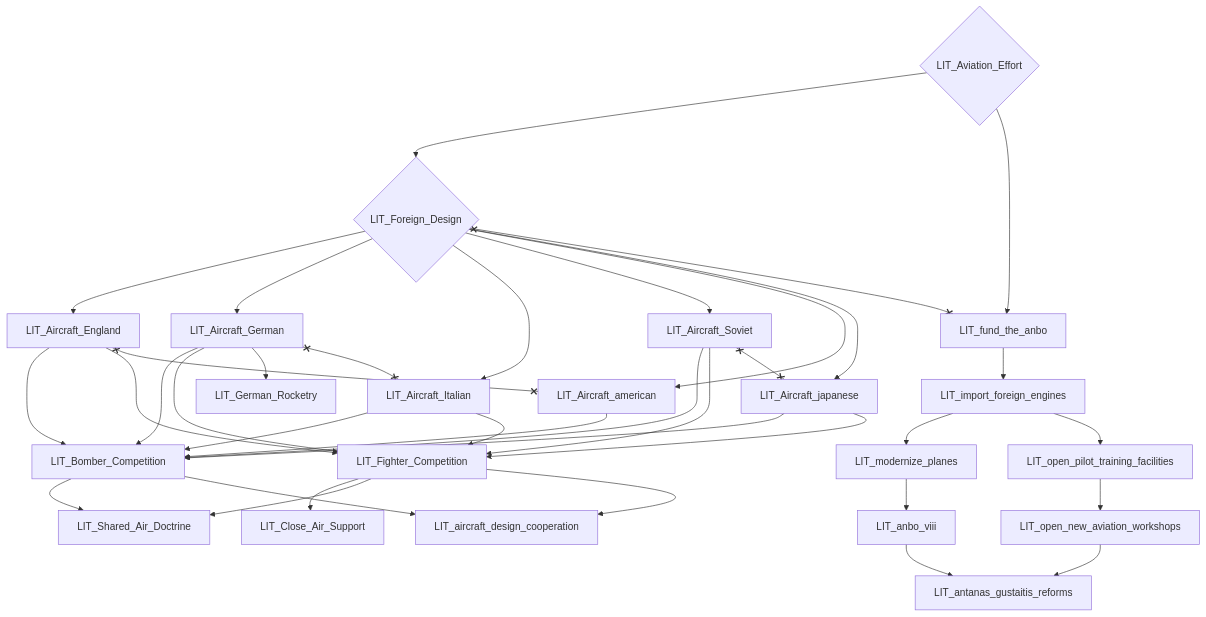
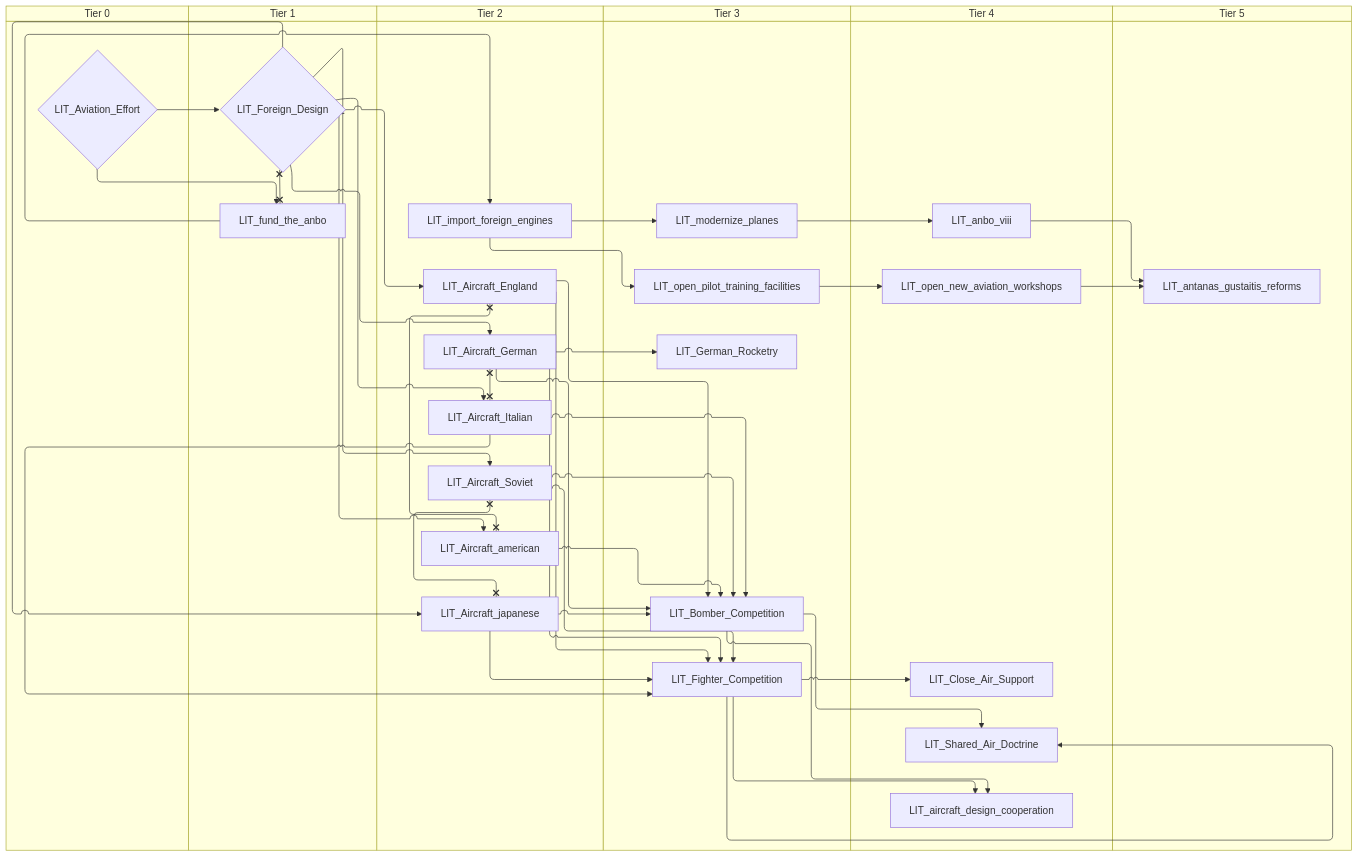
Before and after one commit to evgeny-sobol/hoi4-sandbox-mode-r56: the first of 5 diagrams in docs/gdd/National Focuses/r56/r56_lithuania.md, drawn with Mermaid. The commit also changed other lines of this file and 423 other files, not shown here.

First line of the commit message:
Re-export Rt56 focus trees as swimlane diagrams

````diff
--- a/docs/gdd/National Focuses/r56/r56_lithuania.md
+++ b/docs/gdd/National Focuses/r56/r56_lithuania.md
@@ -3,60 +3,72 @@
 ```mermaid
-flowchart TD
-    n1["LIT_Aircraft_England"]
-    n2["LIT_Aircraft_German"]
-    n3["LIT_Aircraft_Italian"]
-    n4["LIT_Aircraft_Soviet"]
-    n5["LIT_Aircraft_american"]
-    n6["LIT_Aircraft_japanese"]
-    n7{"LIT_Aviation_Effort"}
-    n8["LIT_Bomber_Competition"]
-    n9["LIT_Close_Air_Support"]
-    n10["LIT_Fighter_Competition"]
-    n11{"LIT_Foreign_Design"}
-    n12["LIT_German_Rocketry"]
-    n13["LIT_Shared_Air_Doctrine"]
-    n14["LIT_aircraft_design_cooperation"]
-    n15["LIT_anbo_viii"]
-    n16["LIT_antanas_gustaitis_reforms"]
-    n17["LIT_fund_the_anbo"]
-    n18["LIT_import_foreign_engines"]
-    n19["LIT_modernize_planes"]
-    n20["LIT_open_new_aviation_workshops"]
-    n21["LIT_open_pilot_training_facilities"]
-    n11 --> n1
-    n11 --> n2
-    n11 --> n3
-    n11 --> n4
-    n11 --> n5
-    n11 --> n6
+swimlane-beta TD
+    subgraph tier_0["Tier 0"]
+        n1{"LIT_Aviation_Effort"}
+    end
+    subgraph tier_1["Tier 1"]
+        n2{"LIT_Foreign_Design"}
+        n3["LIT_fund_the_anbo"]
+    end
+    subgraph tier_2["Tier 2"]
+        n4["LIT_Aircraft_England"]
+        n5["LIT_Aircraft_German"]
+        n6["LIT_Aircraft_Italian"]
+        n7["LIT_Aircraft_Soviet"]
+        n8["LIT_Aircraft_american"]
+        n9["LIT_Aircraft_japanese"]
+        n10["LIT_import_foreign_engines"]
+    end
+    subgraph tier_3["Tier 3"]
+        n11["LIT_Bomber_Competition"]
+        n12["LIT_Fighter_Competition"]
+        n13["LIT_German_Rocketry"]
+        n14["LIT_modernize_planes"]
+        n15["LIT_open_pilot_training_facilities"]
+    end
+    subgraph tier_4["Tier 4"]
+        n16["LIT_Close_Air_Support"]
+        n17["LIT_Shared_Air_Doctrine"]
+        n18["LIT_aircraft_design_cooperation"]
+        n19["LIT_anbo_viii"]
+        n20["LIT_open_new_aviation_workshops"]
+    end
+    subgraph tier_5["Tier 5"]
+        n21["LIT_antanas_gustaitis_reforms"]
+    end
+    n2 --> n4
+    n2 --> n5
+    n2 --> n6
+    n2 --> n7
     n2 --> n8
-    n1 --> n8
-    n5 --> n8
-    n4 --> n8
-    n3 --> n8
-    n6 --> n8
-    n10 --> n9
-    n1 --> n10
-    n2 --> n10
-    n4 --> n10
+    n2 --> n9
+    n5 --> n11
+    n4 --> n11
+    n8 --> n11
+    n7 --> n11
+    n6 --> n11
+    n9 --> n11
+    n12 --> n16
+    n4 --> n12
+    n5 --> n12
+    n7 --> n12
+    n6 --> n12
+    n9 --> n12
+    n1 --> n2
+    n5 --> n13
+    n12 --> n17
+    n11 --> n17
+    n12 --> n18
+    n11 --> n18
+    n14 --> n19
+    n19 --> n21
+    n20 --> n21
+    n1 --> n3
     n3 --> n10
-    n6 --> n10
-    n7 --> n11
-    n2 --> n12
-    n10 --> n13
-    n8 --> n13
     n10 --> n14
-    n8 --> n14
-    n19 --> n15
-    n15 --> n16
-    n20 --> n16
-    n7 --> n17
-    n17 --> n18
-    n18 --> n19
-    n21 --> n20
-    n18 --> n21
-    n1 x--x n5
+    n15 --> n20
+    n10 --> n15
+    n4 x--x n8
+    n5 x--x n6
+    n7 x--x n9
     n2 x--x n3
-    n4 x--x n6
-    n11 x--x n17
 ```
````
